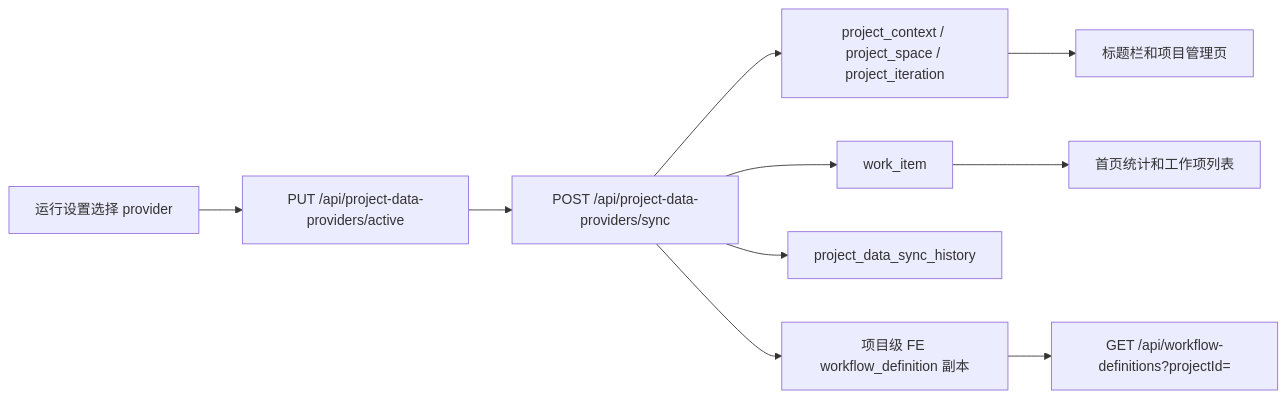
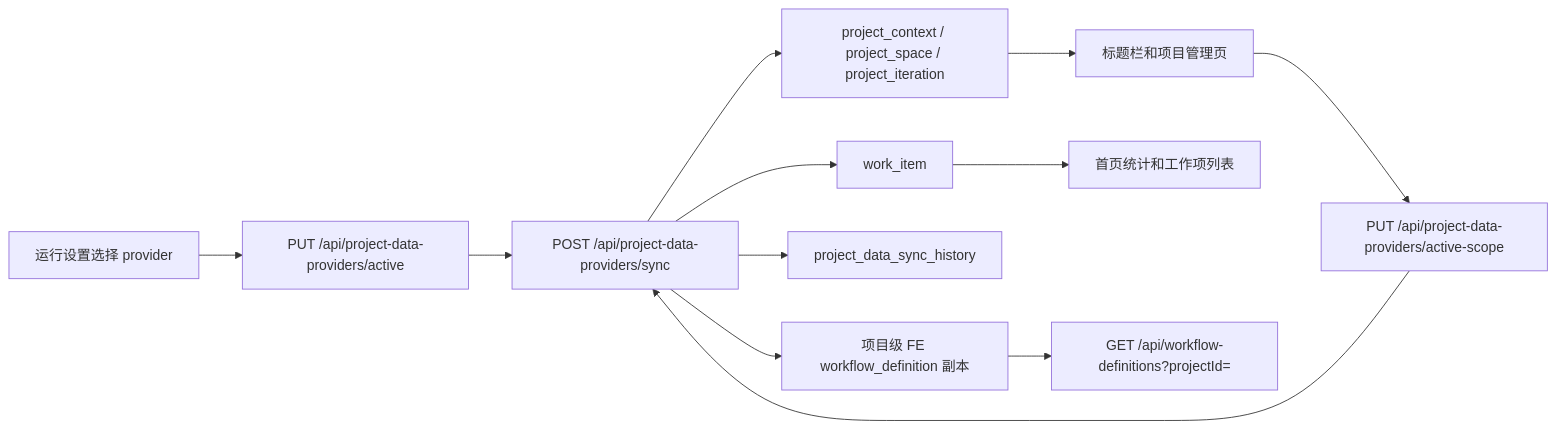
One commit to Hzzzzzx/AgentCenter changed the diagram in docs/architecture/PROJECT-CONTEXT-INTEGRATION-GUIDE.md. Above: the diagram before and after it, drawn with Mermaid. The commit also changed other lines of this file and 17 other files, not shown here.

First line of the commit message:
feat(project-context): adapt enterprise scope sync

````diff
--- a/docs/architecture/PROJECT-CONTEXT-INTEGRATION-GUIDE.md
+++ b/docs/architecture/PROJECT-CONTEXT-INTEGRATION-GUIDE.md
@@ -13,12 +13,14 @@
 ```mermaid
 flowchart LR
   A["运行设置选择 provider"] --> B["PUT /api/project-data-providers/active"]
-  B --> C["POST /api/project-data-providers/sync"]
+  G --> K["PUT /api/project-data-providers/active-scope"]
+  K --> C["POST /api/project-data-providers/sync"]
+  B --> C
   C --> D["project_context / project_space / project_iteration"]
   C --> E["work_item"]
   C --> F["project_data_sync_history"]
   C --> J["项目级 FE workflow_definition 副本"]
   D --> G["标题栏和项目管理页"]
   E --> H["首页统计和工作项列表"]
   J --> I["GET /api/workflow-definitions?projectId="]
 ```
````
